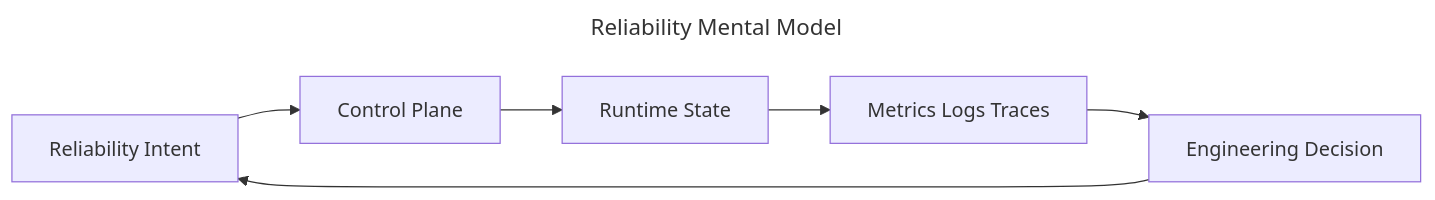
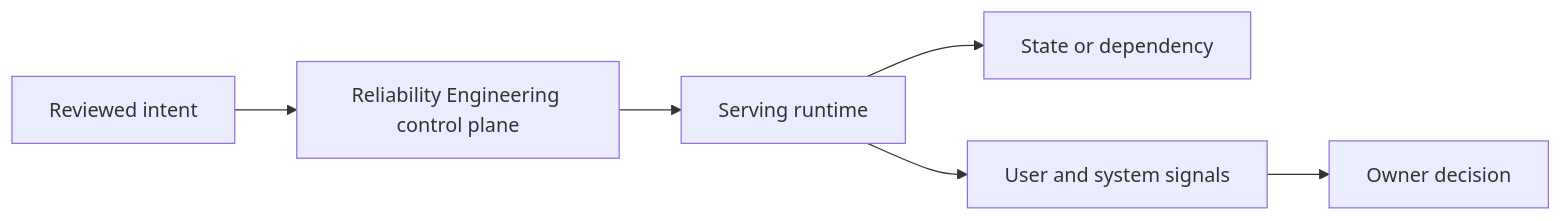
The first of 2 diagrams in docs/chapters/reliability.md (m1mohamad/devops-sre-prep), drawn with Mermaid before and after one commit. The commit also changed other lines of this file and 100 other files, not shown here.

````diff
--- a/docs/chapters/reliability.md
+++ b/docs/chapters/reliability.md
@@ -10,11 +15,8 @@
 ```mermaid
----
-title: Reliability Mental Model
----
 flowchart LR
-  Intent[Reliability Intent] --> Control[Control Plane]
-  Control --> Runtime[Runtime State]
-  Runtime --> Signals[Metrics Logs Traces]
-  Signals --> Decision[Engineering Decision]
-  Decision --> Intent
+  Intent[Reviewed intent] --> Control[Reliability Engineering control plane]
+  Control --> Runtime[Serving runtime]
+  Runtime --> Dependency[State or dependency]
+  Runtime --> Signals[User and system signals]
+  Signals --> Owner[Owner decision]
 ```
````
